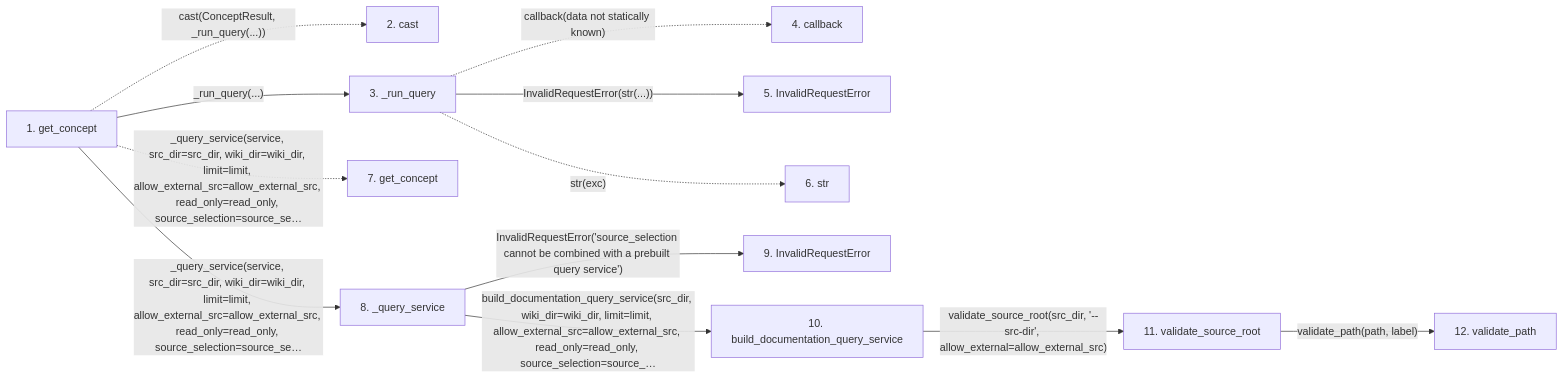
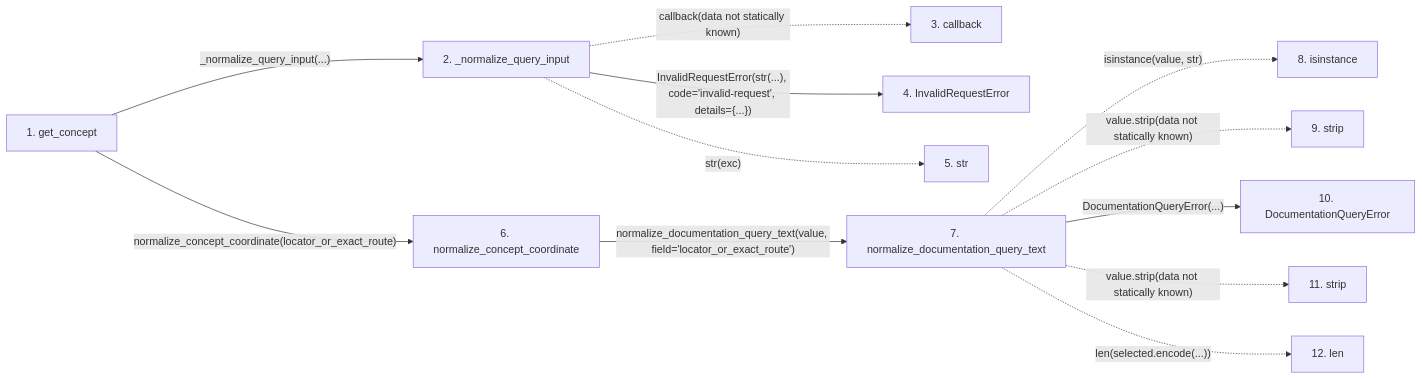
The second of 2 diagrams in docs/llm_wiki/flows/api-get_concept.md (Denissvgn/python-wiki-llm), drawn with Mermaid before and after one commit. The commit also changed other lines of this file and 364 other files, not shown here.

````diff
--- a/docs/llm_wiki/flows/api-get_concept.md
+++ b/docs/llm_wiki/flows/api-get_concept.md
@@ -85,34 +84,32 @@
 ```mermaid
 flowchart LR
     s1["1. get_concept"]
-    s2["2. cast"]
-    s3["3. _run_query"]
-    s4["4. callback"]
-    s5["5. InvalidRequestError"]
-    s6["6. str"]
-    s7["7. get_concept"]
-    s8["8. _query_service"]
-    s9["9. InvalidRequestError"]
-    s10["10. build_documentation_query_service"]
-    s11["11. validate_source_root"]
-    s12["12. validate_path"]
-    s1 -. "cast(ConceptResult, _run_query(...))" .-> s2
-    s1 -->|"_run_query(...)"| s3
-    s3 -. "callback(data not statically known)" .-> s4
-    s3 -->|"InvalidRequestError(str(...))"| s5
-    s3 -. "str(exc)" .-> s6
-    s1 -. "_query_service(service, src_dir=src_dir, wiki_dir=wiki_dir, limit=limit, allow_external_src=allow_external_src, read_only=read_only, source_selection=source_se…" .-> s7
-    s1 -->|"_query_service(service, src_dir=src_dir, wiki_dir=wiki_dir, limit=limit, allow_external_src=allow_external_src, read_only=read_only, source_selection=source_se…"| s8
-    s8 -->|"InvalidRequestError('source_selection cannot be combined with a prebuilt query service')"| s9
-    s8 -->|"build_documentation_query_service(src_dir, wiki_dir=wiki_dir, limit=limit, allow_external_src=allow_external_src, read_only=read_only, source_selection=source_…"| s10
-    s10 -->|"validate_source_root(src_dir, '--src-dir', allow_external=allow_external_src)"| s11
-    s11 -->|"validate_path(path, label)"| s12
+    s2["2. _normalize_query_input"]
+    s3["3. callback"]
+    s4["4. InvalidRequestError"]
+    s5["5. str"]
+    s6["6. normalize_concept_coordinate"]
+    s7["7. normalize_documentation_query_text"]
+    s8["8. isinstance"]
+    s9["9. strip"]
+    s10["10. DocumentationQueryError"]
+    s11["11. strip"]
+    s12["12. len"]
+    s1 -->|"_normalize_query_input(...)"| s2
+    s2 -. "callback(data not statically known)" .-> s3
+    s2 -->|"InvalidRequestError(str(...), code='invalid-request', details={...})"| s4
+    s2 -. "str(exc)" .-> s5
+    s1 -->|"normalize_concept_coordinate(locator_or_exact_route)"| s6
+    s6 -->|"normalize_documentation_query_text(value, field='locator_or_exact_route')"| s7
+    s7 -. "isinstance(value, str)" .-> s8
+    s7 -. "value.strip(data not statically known)" .-> s9
+    s7 -->|"DocumentationQueryError(...)"| s10
+    s7 -. "value.strip(data not statically known)" .-> s11
+    s7 -. "len(selected.encode(...))" .-> s12
     click s1 "../modules/api.md"
-    click s3 "../modules/api.md"
-    click s5 "../modules/api.md"
-    click s8 "../modules/api.md"
-    click s9 "../modules/api.md"
-    click s10 "../modules/api.md"
-    click s11 "../modules/config.md"
-    click s12 "../modules/config.md"
+    click s2 "../modules/api.md"
+    click s4 "../modules/api.md"
+    click s6 "../modules/documentation_query_builder.md"
+    click s7 "../modules/documentation_query_builder.md"
+    click s10 "../modules/documentation_queries.md"
 ```
````
